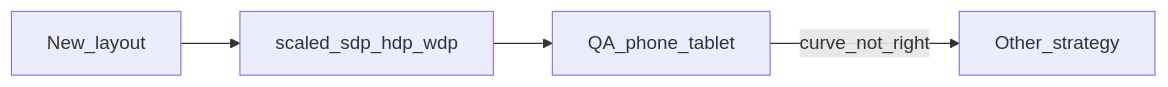
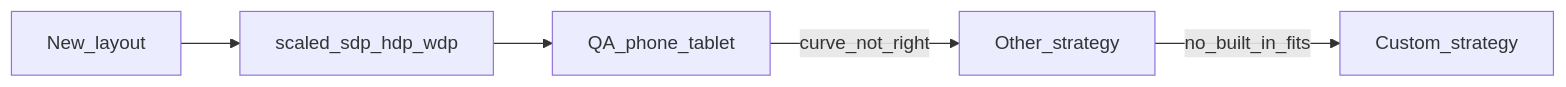
Before and after one commit to bodenberg/appdimens-dynamic: the diagram in DOCUMENTATION/README.md, drawn with Mermaid. The commit also changed other lines of this file and 40 other files, not shown here.

````diff
--- a/DOCUMENTATION/README.md
+++ b/DOCUMENTATION/README.md
@@ -83,10 +85,11 @@
 ```mermaid
 flowchart LR
   start[New_layout]
   scaled[scaled_sdp_hdp_wdp]
   qa[QA_phone_tablet]
   other[Other_strategy]
   start --> scaled
   scaled --> qa
   qa -->|curve_not_right| other
+  other -->|no_built_in_fits| custom[Custom_strategy]
 ```
````
